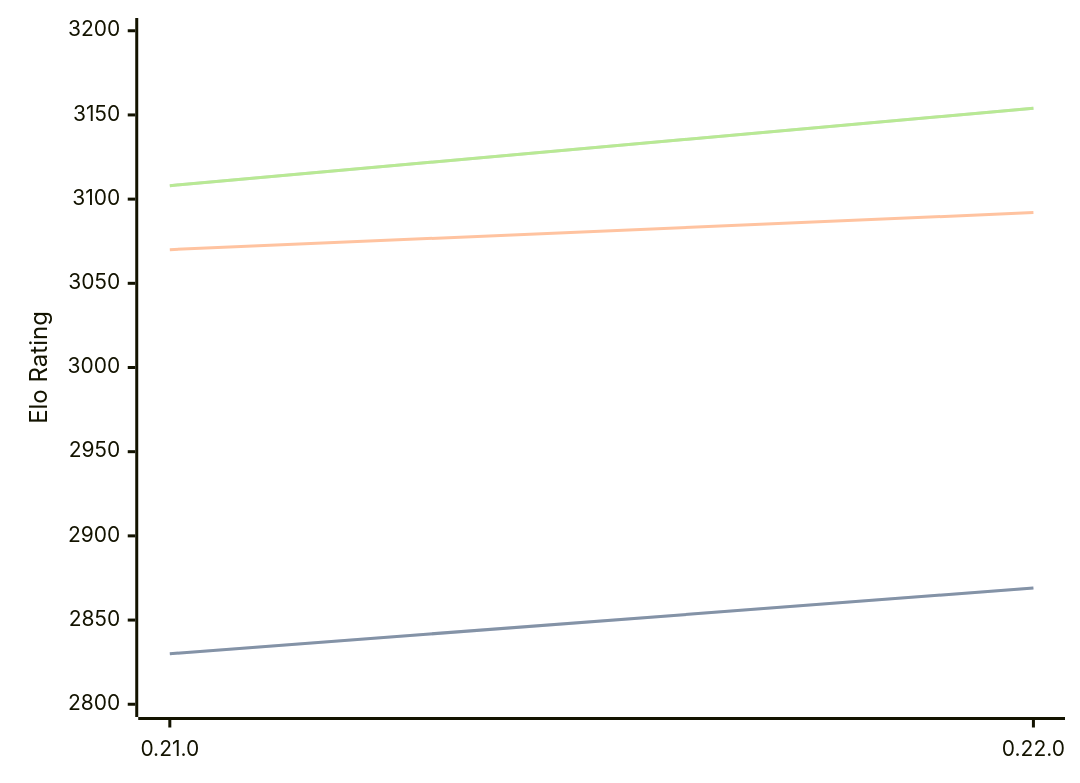
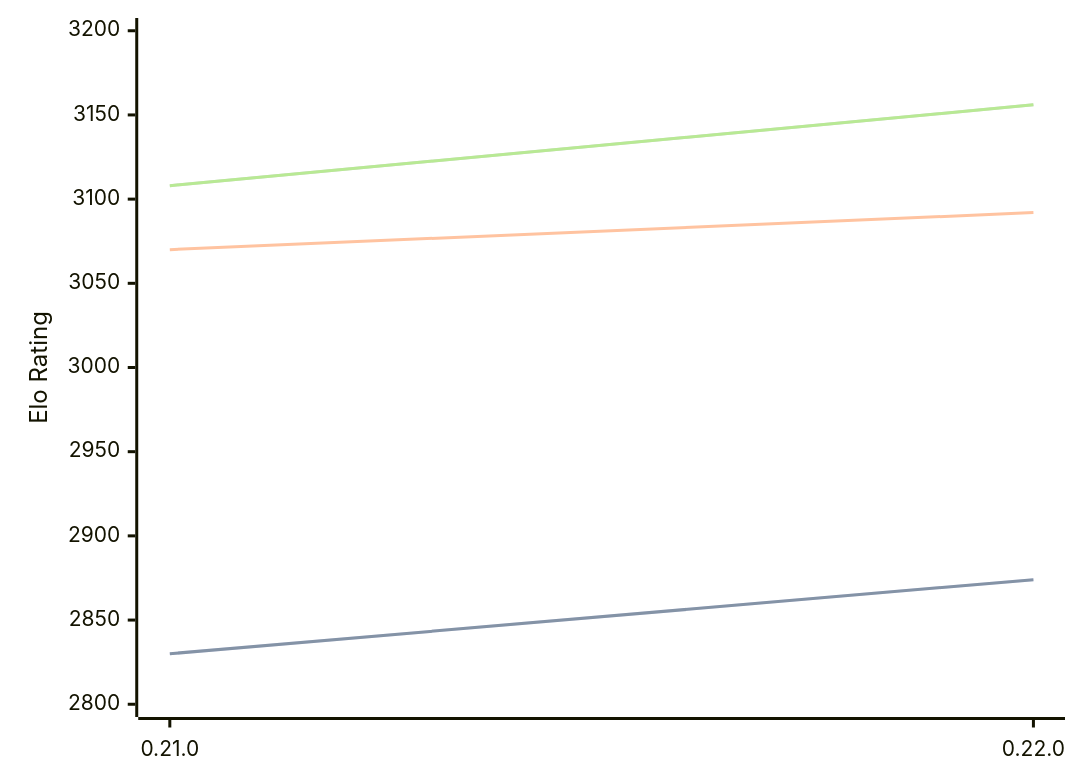
One commit to computer-chess-index/cci changed the diagram in engines/Princhess.md. Above: the diagram before and after it, drawn with Mermaid. The commit also changed other lines of this file, not shown here.

Commit message:
Update CCI Ratings (ELO VLTC) - 2026-08-19

````diff
--- a/engines/Princhess.md
+++ b/engines/Princhess.md
@@ -32,11 +32,11 @@
 ```mermaid
 %%{init: {"theme":"base","themeVariables":{"seriesColors:['#a3a3a3','#222221','#faa371']}}}%%
 xychart-beta
   x-axis ["0.21.0", "0.22.0"]
   y-axis "Elo Rating" 2800 --> 3200
-  line "STC (8.0+0.08s)" [2830, 2869]
-  line "STC (8.0+0.08s)" [2830, 2869]
+  line "STC (8.0+0.08s)" [2830, 2874]
+  line "STC (8.0+0.08s)" [2830, 2874]
   line "LTC (60.0+0.60s)" [3070, 3092]
-  line "VLTC (2m24s+1.12s)" [3108, 3154]
-  line "VLTC (2m24s+1.12s)" [3108, 3154]
+  line "VLTC (2m24s+1.12s)" [3108, 3156]
+  line "VLTC (2m24s+1.12s)" [3108, 3156]
 ```
````
